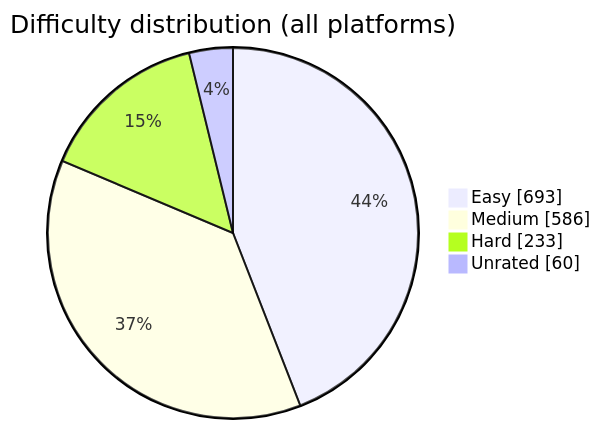
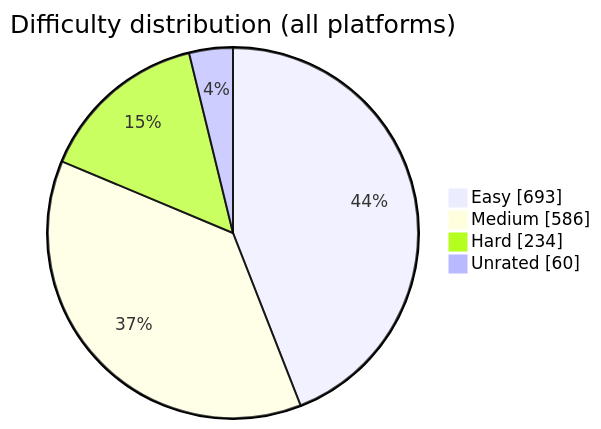
The diagram in README.md (BuildbyArindam/Daily-Coding-Log), drawn with Mermaid before and after one commit. The commit also changed other lines of this file, not shown here.

````diff
--- a/README.md
+++ b/README.md
@@ -93,7 +93,7 @@
 ```mermaid
 pie showData title Difficulty distribution (all platforms)
     "Easy" : 693
     "Medium" : 586
-    "Hard" : 233
+    "Hard" : 234
     "Unrated" : 60
 ```
````
